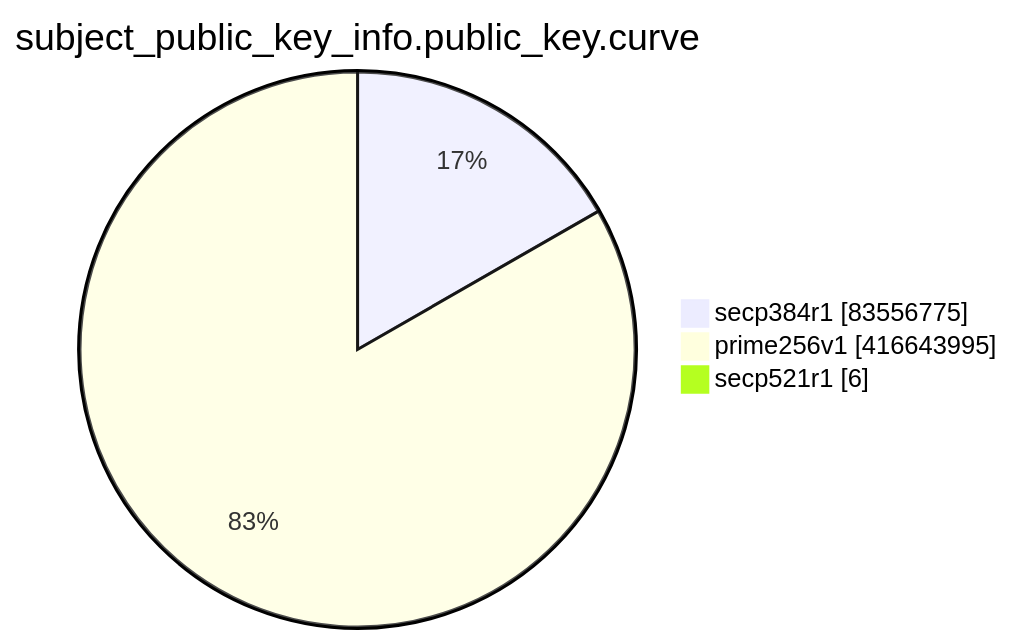
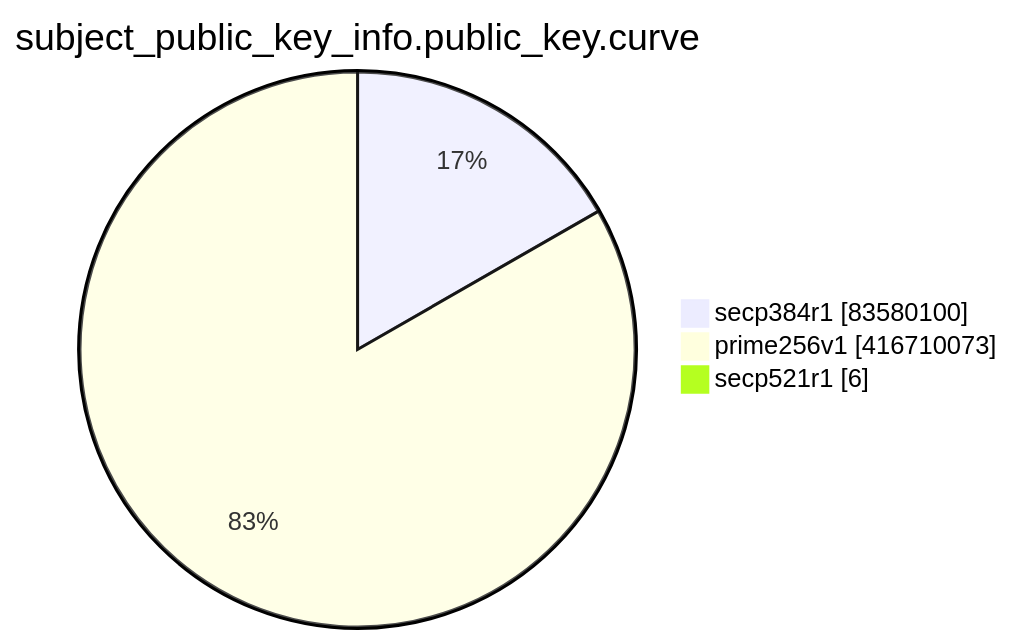
One commit to christiankrug/ctmonitor_visualization changed the eighth of 15 diagrams in TOTAL/README.md. Above: the diagram before and after it, drawn with Mermaid. The commit also changed other lines of this file, not shown here.

````diff
--- a/TOTAL/README.md
+++ b/TOTAL/README.md
@@ -3098,7 +3098,7 @@
 ```mermaid
 pie showData
 title subject_public_key_info.public_key.curve
-"secp384r1" :83556775
-"prime256v1" :416643995
+"secp384r1" :83580100
+"prime256v1" :416710073
 "secp521r1" :6
 ```
````
